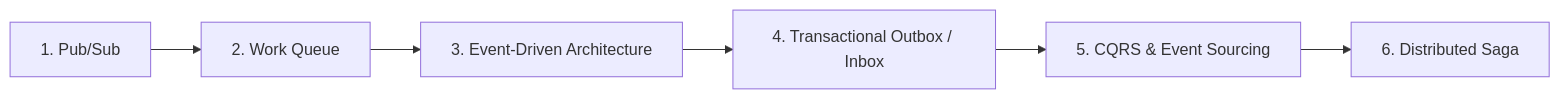
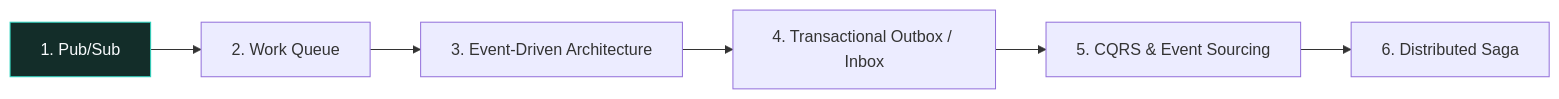
One commit to UnrealTemplier/go-textbook changed the third of 3 diagrams in sources/13. Очереди, брокеры сообщений и оркестраторы/07. Практика/10. Итоги раздела. Асинхронная архитектура.md. Above: the diagram before and after it, drawn with Mermaid. The commit also changed other lines of this file and 1666 other files, not shown here.

First line of the commit message:
feat(mermaid): add semantic color classDef to 1369 colorless flowchart/graph diagrams

````diff
--- a/sources/13. Очереди, брокеры сообщений и оркестраторы/07. Практика/10. Итоги раздела. Асинхронная архитектура.md
+++ b/sources/13. Очереди, брокеры сообщений и оркестраторы/07. Практика/10. Итоги раздела. Асинхронная архитектура.md
@@ -156,8 +166,18 @@
 ```mermaid
 flowchart LR
-    P1["1. Pub/Sub"] --> P2["2. Work Queue"]
+    classDef process  fill:#1e293b,stroke:#38bdf8,stroke-width:1px,color:#f8fafc
+    classDef success  fill:#064e3b,stroke:#34d399,stroke-width:1px,color:#f8fafc
+    classDef error    fill:#7f1d1d,stroke:#f87171,stroke-width:1px,color:#f8fafc
+    classDef warning  fill:#78350f,stroke:#fbbf24,stroke-width:1px,color:#f8fafc
+    classDef entry    fill:#1e3a5f,stroke:#38bdf8,stroke-width:2px,color:#f8fafc
+    classDef aux      fill:#334155,stroke:#64748b,stroke-width:1px,color:#f8fafc
+    classDef system   fill:#312e81,stroke:#a78bfa,stroke-width:1px,color:#f8fafc
+    classDef data     fill:#132d29,stroke:#2dd4bf,stroke-width:1px,color:#f8fafc
+    classDef network  fill:#881337,stroke:#fb7185,stroke-width:1px,color:#f8fafc
+    classDef accent   fill:#1e1b4b,stroke:#818cf8,stroke-width:1px,color:#f8fafc
+    P1["1. Pub/Sub"]:::data --> P2["2. Work Queue"]
     P2 --> P3["3. Event-Driven Architecture"]
     P3 --> P4["4. Transactional Outbox / Inbox"]
     P4 --> P5["5. CQRS & Event Sourcing"]
     P5 --> P6["6. Distributed Saga"]
 ```
````
